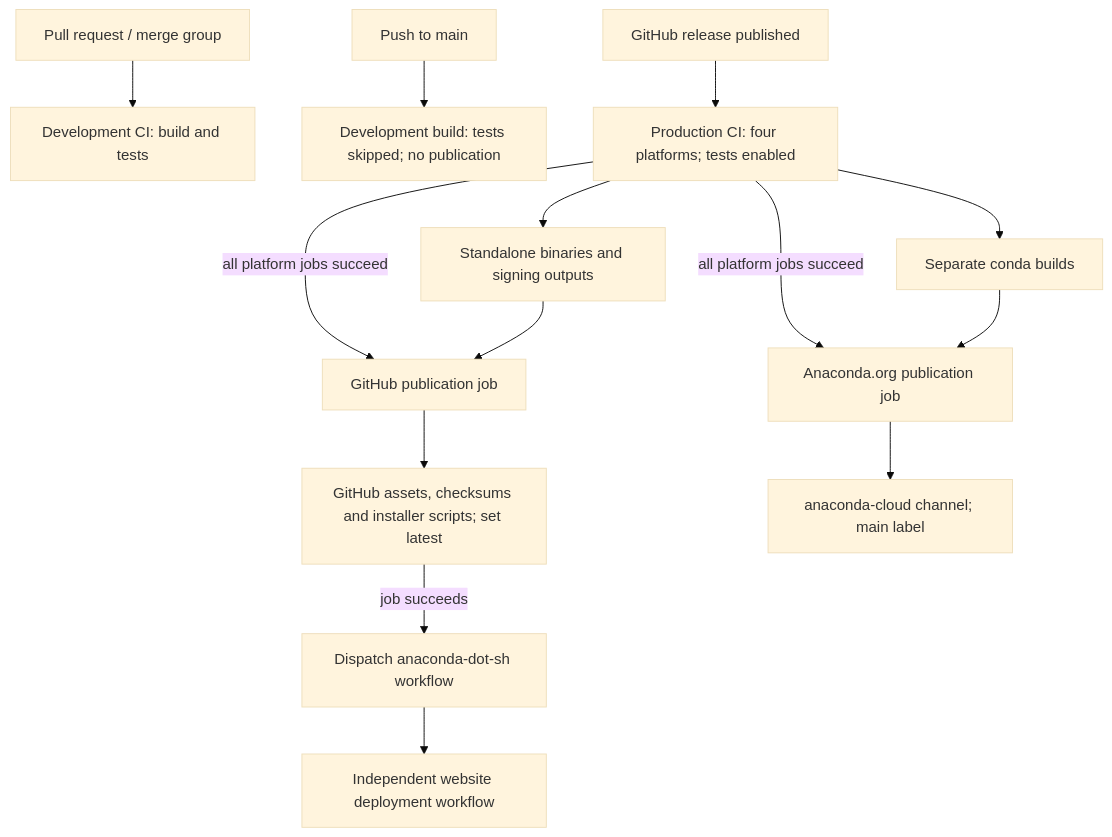
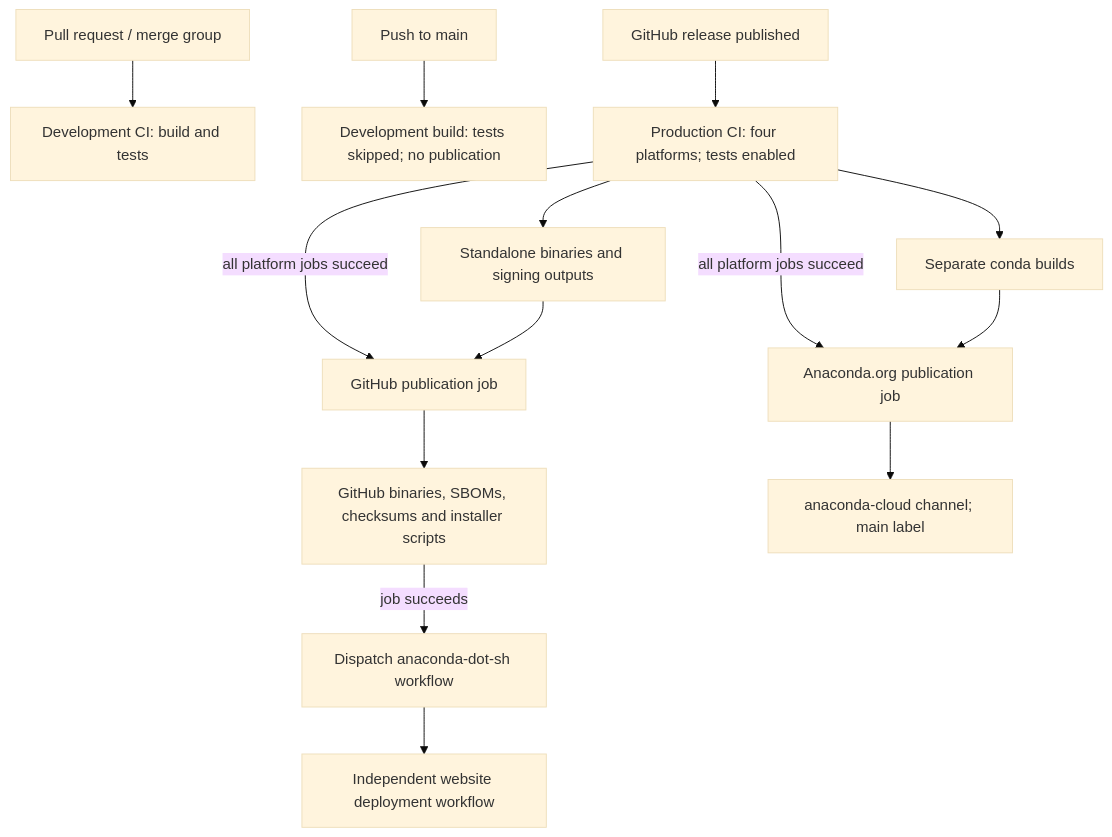
One commit to anaconda/anaconda-cli changed the third of 5 diagrams in docs/architecture.md. Above: the diagram before and after it, drawn with Mermaid (base theme). The commit also changed other lines of this file, not shown here.

Commit message:
docs: Make architecture documentation evergreen

````diff
--- a/docs/architecture.md
+++ b/docs/architecture.md
@@ -140,16 +132,16 @@
 ```mermaid
 flowchart TB
     PR["Pull request / merge group"] --> DEV["Development CI: build and tests"]
     MAIN["Push to main"] --> MAINBUILD["Development build: tests skipped; no publication"]
     EVENT["GitHub release published"] --> PROD["Production CI: four platforms; tests enabled"]
     PROD --> BIN["Standalone binaries and signing outputs"]
     PROD --> CONDA["Separate conda builds"]
     PROD -->|"all platform jobs succeed"| GHJOB["GitHub publication job"]
     PROD -->|"all platform jobs succeed"| CONDAJOB["Anaconda.org publication job"]
     BIN --> GHJOB
     CONDA --> CONDAJOB
-    GHJOB --> GH["GitHub assets, checksums and installer scripts; set latest"]
+    GHJOB --> GH["GitHub binaries, SBOMs, checksums and installer scripts"]
     CONDAJOB --> CHANNEL["anaconda-cloud channel; main label"]
     GH -->|"job succeeds"| DISPATCH["Dispatch anaconda-dot-sh workflow"]
     DISPATCH --> SITE["Independent website deployment workflow"]
 ```
````
